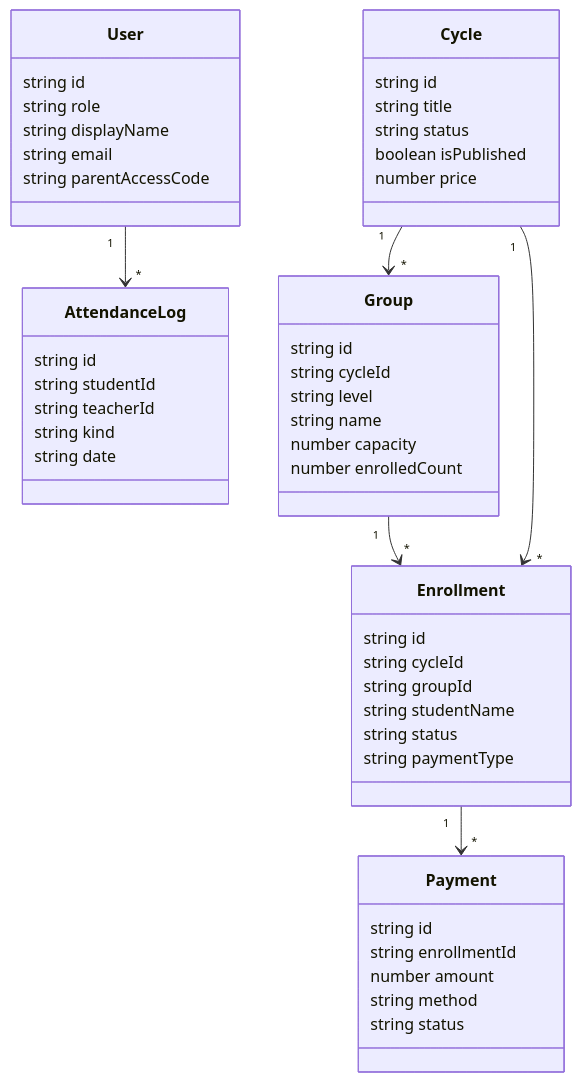
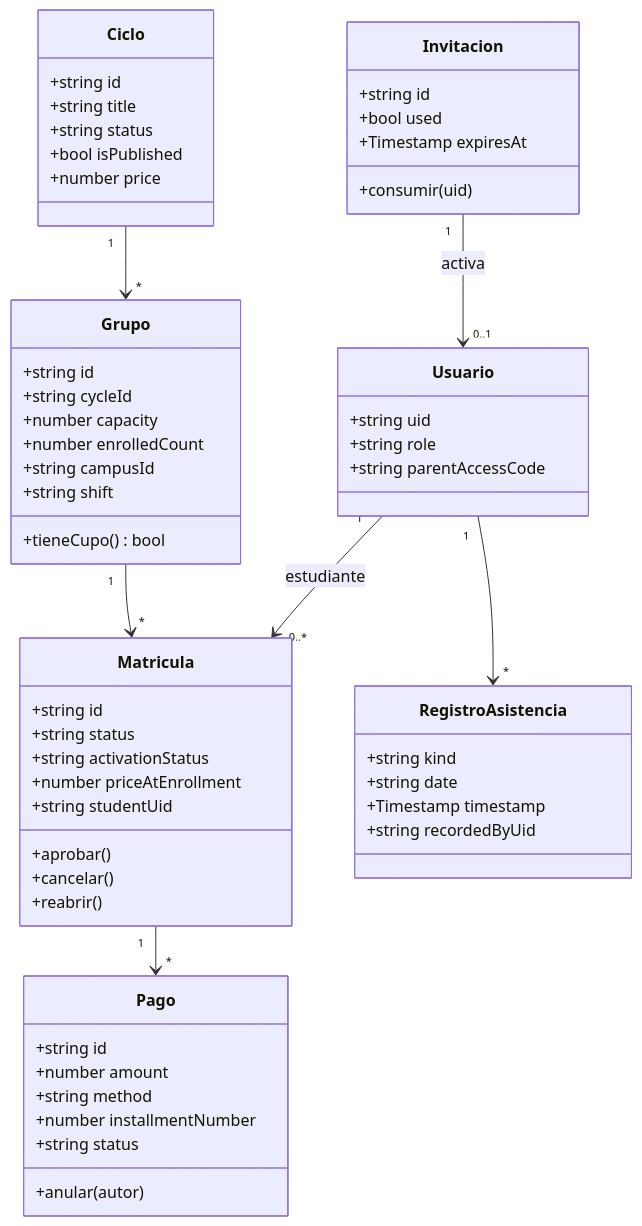
One commit to yucradavid/Perfil-de-egreso-Plataforma-Web-Integral-CERMAT changed the sixth of 12 diagrams in docs/e1-definicion-sistema-ce021.md. Above: the diagram before and after it, drawn with Mermaid. The commit also changed other lines of this file and 50 other files, not shown here.

````diff
--- a/docs/e1-definicion-sistema-ce021.md
+++ b/docs/e1-definicion-sistema-ce021.md
@@ -324,52 +270,60 @@
 ```mermaid
 classDiagram
-  class User {
-    string id
-    string role
-    string displayName
-    string email
-    string parentAccessCode
+  class Ciclo {
+    +string id
+    +string title
+    +string status
+    +bool isPublished
+    +number price
   }
-  class Cycle {
-    string id
-    string title
-    string status
-    boolean isPublished
-    number price
+  class Grupo {
+    +string id
+    +string cycleId
+    +number capacity
+    +number enrolledCount
+    +string campusId
+    +string shift
+    +tieneCupo() bool
   }
-  class Group {
-    string id
-    string cycleId
-    string level
-    string name
-    number capacity
-    number enrolledCount
+  class Matricula {
+    +string id
+    +string status
+    +string activationStatus
+    +number priceAtEnrollment
+    +string studentUid
+    +aprobar()
+    +cancelar()
+    +reabrir()
   }
-  class Enrollment {
-    string id
-    string cycleId
-    string groupId
-    string studentName
-    string status
-    string paymentType
+  class Pago {
+    +string id
+    +number amount
+    +string method
+    +number installmentNumber
+    +string status
+    +anular(autor)
   }
-  class Payment {
-    string id
-    string enrollmentId
-    number amount
-    string method
-    string status
+  class Usuario {
+    +string uid
+    +string role
+    +string parentAccessCode
   }
-  class AttendanceLog {
-    string id
-    string studentId
-    string teacherId
-    string kind
-    string date
+  class Invitacion {
+    +string id
+    +bool used
+    +Timestamp expiresAt
+    +consumir(uid)
   }
-  Cycle "1" --> "*" Group
-  Cycle "1" --> "*" Enrollment
-  Group "1" --> "*" Enrollment
-  Enrollment "1" --> "*" Payment
-  User "1" --> "*" AttendanceLog
+  class RegistroAsistencia {
+    +string kind
+    +string date
+    +Timestamp timestamp
+    +string recordedByUid
+  }
+  Ciclo "1" --> "*" Grupo
+  Grupo "1" --> "*" Matricula
+  Matricula "1" --> "*" Pago
+  Usuario "1" --> "0..*" Matricula : estudiante
+  Invitacion "1" --> "0..1" Usuario : activa
+  Usuario "1" --> "*" RegistroAsistencia
 ```
````
